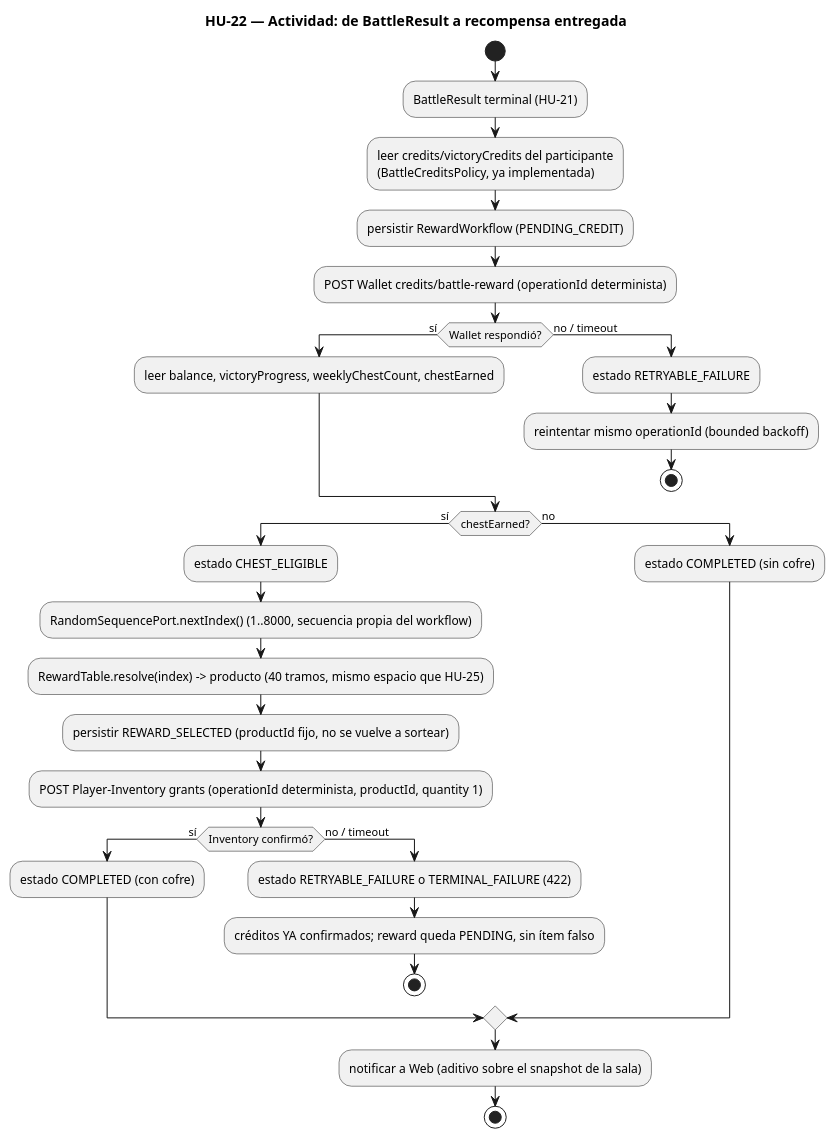
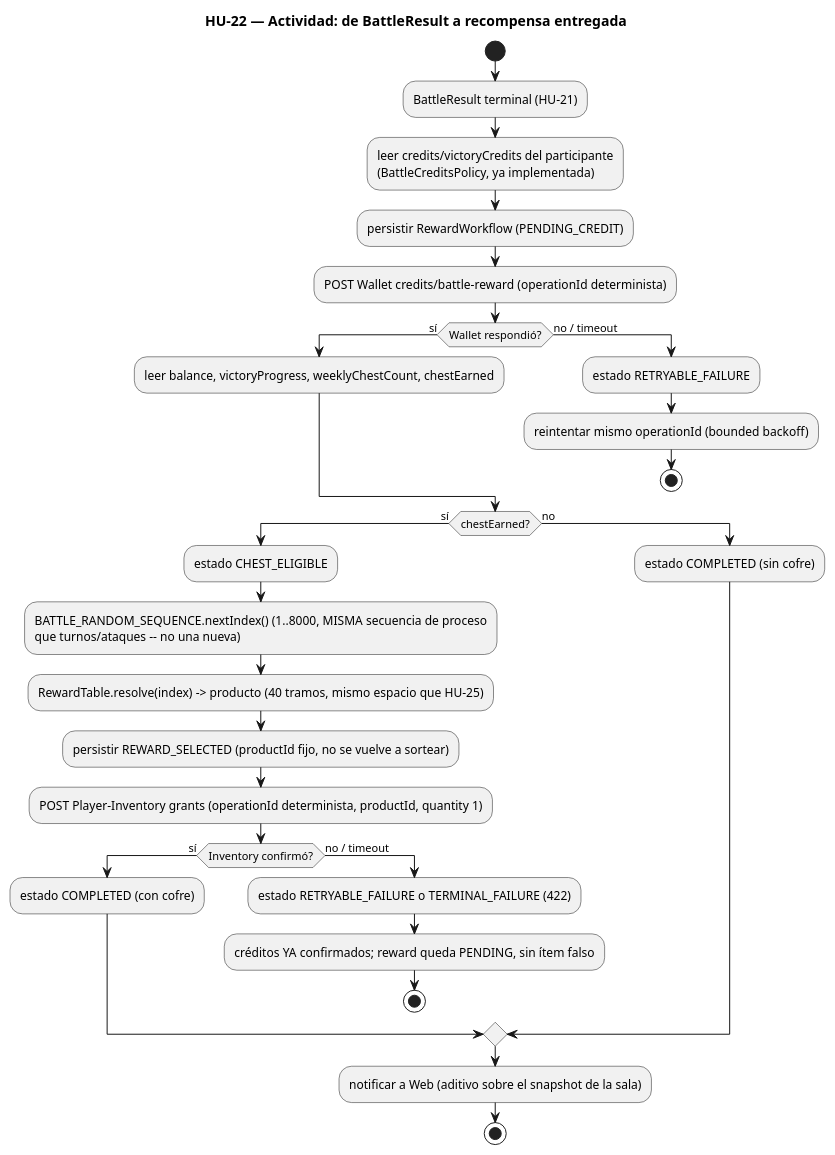
One commit to Nexus-Battle-VI/Nexus-Battle-Infrastructure changed the diagram in docs/diagrams/hu-22-activity-reward.puml. Above: the diagram before and after it, drawn with PlantUML. The commit also changed 2 other files, not shown here.

Commit message:
docs(rewards): [HU-22] el cofre reutiliza la secuencia de proceso, no una propia
Seguí auditando antes de escribir código en Combat: app.module.ts prueba que
NO hay una secuencia por batalla ni por agregado. Existe una unica
BATTLE_RANDOM_SEQUENCE de PROCESO, sembrada una vez al arrancar (HU-26,
COMBAT_RANDOM_SEED), que ya inyectan ExecuteBasicAttack y UseSkill por igual.
"Secuencia propia del RewardWorkflow con su propia semilla derivada" (version
anterior de este contrato) no existe en el código real y además contradice
el requisito de HU-24 de UN generador centralizado. HU-22 reutiliza esa
misma instancia inyectada.

Refs Nexus-Battle-VI/Nexus-Battle-Management#69
Refs Nexus-Battle-VI/Nexus-Battle-Management#427

```diff
--- a/docs/diagrams/hu-22-activity-reward.puml
+++ b/docs/diagrams/hu-22-activity-reward.puml
@@ -1,37 +1,37 @@
 @startuml hu-22-activity-reward
 title HU-22 — Actividad: de BattleResult a recompensa entregada
 
 start
 :BattleResult terminal (HU-21);
 :leer credits/victoryCredits del participante\n(BattleCreditsPolicy, ya implementada);
 :persistir RewardWorkflow (PENDING_CREDIT);
 :POST Wallet credits/battle-reward (operationId determinista);
 
 if (Wallet respondió?) then (sí)
   :leer balance, victoryProgress, weeklyChestCount, chestEarned;
 else (no / timeout)
   :estado RETRYABLE_FAILURE;
   :reintentar mismo operationId (bounded backoff);
   stop
 endif
 
 if (chestEarned?) then (sí)
   :estado CHEST_ELIGIBLE;
-  :RandomSequencePort.nextIndex() (1..8000, secuencia propia del workflow);
+  :BATTLE_RANDOM_SEQUENCE.nextIndex() (1..8000, MISMA secuencia de proceso\nque turnos/ataques -- no una nueva);
   :RewardTable.resolve(index) -> producto (40 tramos, mismo espacio que HU-25);
   :persistir REWARD_SELECTED (productId fijo, no se vuelve a sortear);
   :POST Player-Inventory grants (operationId determinista, productId, quantity 1);
   if (Inventory confirmó?) then (sí)
     :estado COMPLETED (con cofre);
   else (no / timeout)
     :estado RETRYABLE_FAILURE o TERMINAL_FAILURE (422);
     :créditos YA confirmados; reward queda PENDING, sin ítem falso;
     stop
   endif
 else (no)
   :estado COMPLETED (sin cofre);
 endif
 
 :notificar a Web (aditivo sobre el snapshot de la sala);
 stop
 @enduml
```
